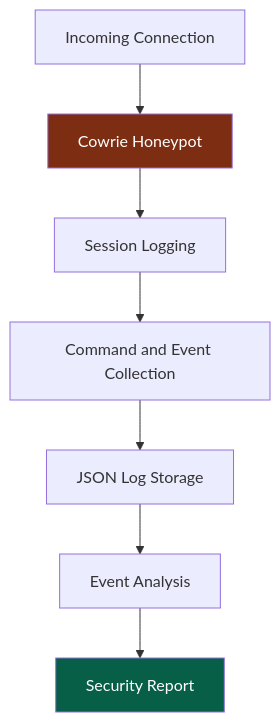
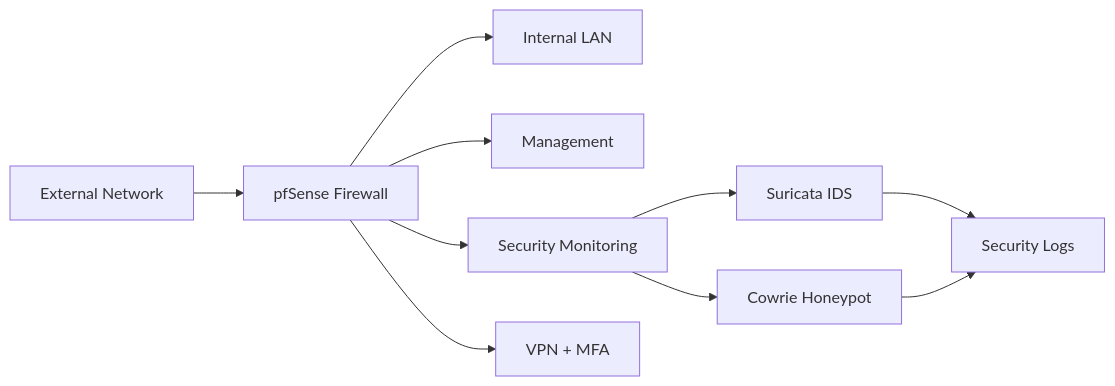
One commit to manasvig-cyber/Nexvia-Tech--CyberSecurity-Projects changed the second of 2 diagrams in README.md. Above: the diagram before and after it, drawn with Mermaid. The commit also changed other lines of this file, not shown here.

````diff
--- a/README.md
+++ b/README.md
@@ -709,13 +99,12 @@
 ```mermaid
-flowchart TD
-    A["Incoming Connection"]
-    A --> B["Cowrie Honeypot"]
-    B --> C["Session Logging"]
-    C --> D["Command and Event Collection"]
-    D --> E["JSON Log Storage"]
-    E --> F["Event Analysis"]
-    F --> G["Security Report"]
-
-    style B fill:#7c2d12,color:#fff
-    style G fill:#065f46,color:#fff
+flowchart LR
+    A["External Network"] --> B["pfSense Firewall"]
+    B --> C["Internal LAN"]
+    B --> D["Management"]
+    B --> E["Security Monitoring"]
+    B --> F["VPN + MFA"]
+    E --> G["Suricata IDS"]
+    E --> H["Cowrie Honeypot"]
+    G --> I["Security Logs"]
+    H --> I
 ```
````
